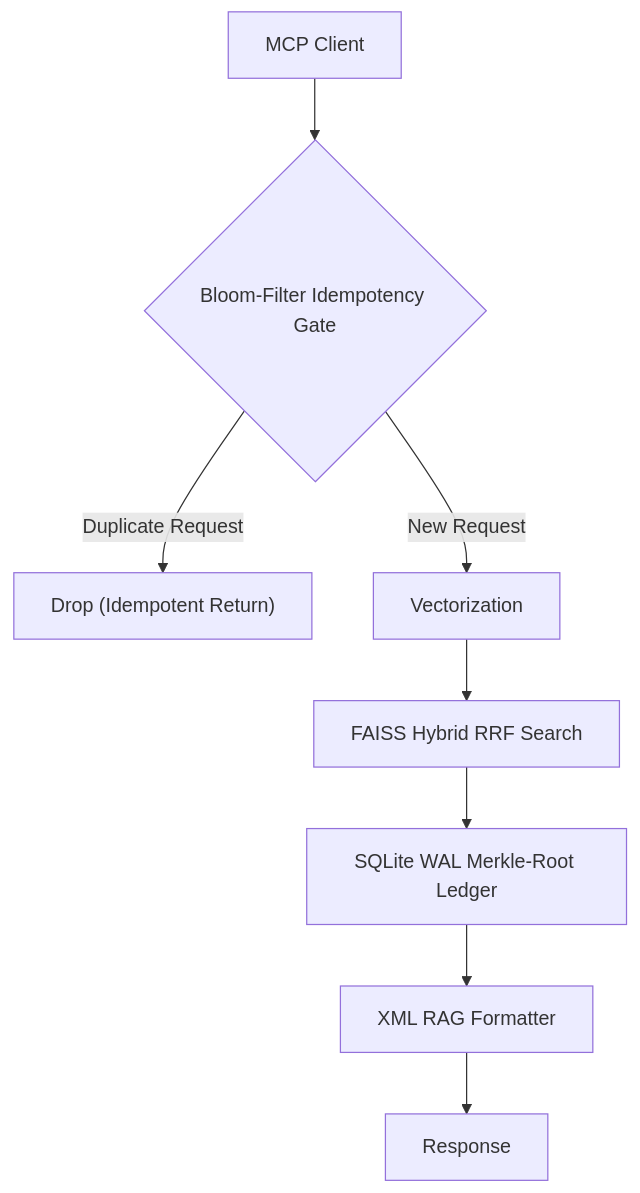
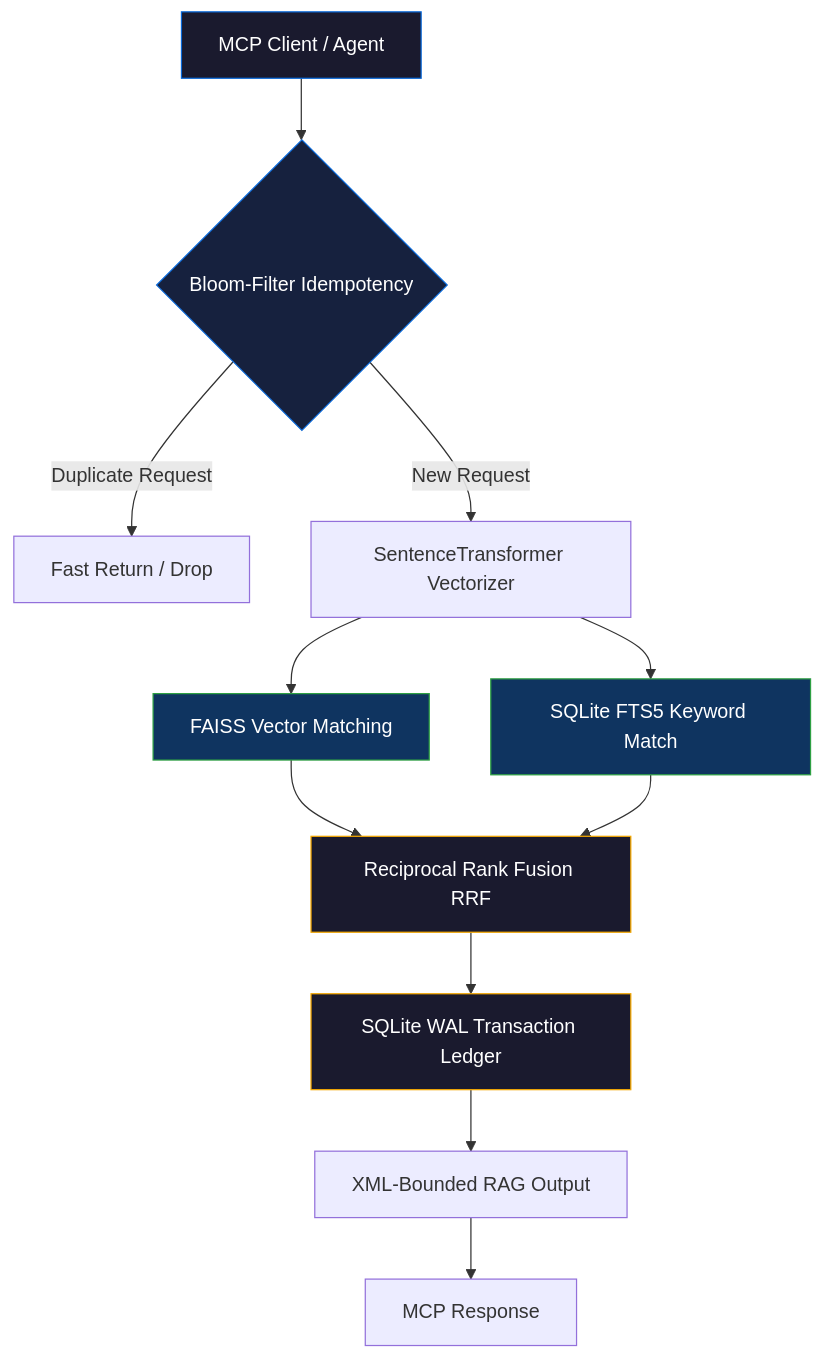
One commit to axtontc/MemMCP changed the diagram in README.md. Above: the diagram before and after it, drawn with Mermaid. The commit also changed other lines of this file and 13 other files, not shown here.

````diff
--- a/README.md
+++ b/README.md
@@ -60,10 +127,19 @@
 ```mermaid
 graph TD
-    A[MCP Client] --> B{Bloom-Filter Idempotency Gate}
-    B -->|Duplicate Request| C["Drop (Idempotent Return)"]
-    B -->|New Request| D[Vectorization]
-    D --> E[FAISS Hybrid RRF Search]
-    E --> F[SQLite WAL Merkle-Root Ledger]
-    F --> G[XML RAG Formatter]
-    G --> H[Response]
+    A[MCP Client / Agent] --> B{Bloom-Filter Idempotency}
+    B -->|Duplicate Request| C[Fast Return / Drop]
+    B -->|New Request| D[SentenceTransformer Vectorizer]
+    D --> E[FAISS Vector Matching]
+    D --> F[SQLite FTS5 Keyword Match]
+    E & F --> G[Reciprocal Rank Fusion RRF]
+    G --> H[SQLite WAL Transaction Ledger]
+    H --> I[XML-Bounded RAG Output]
+    I --> J[MCP Response]
+
+    style A fill:#1a1a2e,stroke:#0969DA,color:#fff
+    style B fill:#16213e,stroke:#0969DA,color:#fff
+    style E fill:#0f3460,stroke:#2ea043,color:#fff
+    style F fill:#0f3460,stroke:#2ea043,color:#fff
+    style G fill:#1a1a2e,stroke:#F5A800,color:#fff
+    style H fill:#1a1a2e,stroke:#F5A800,color:#fff
 ```
````
